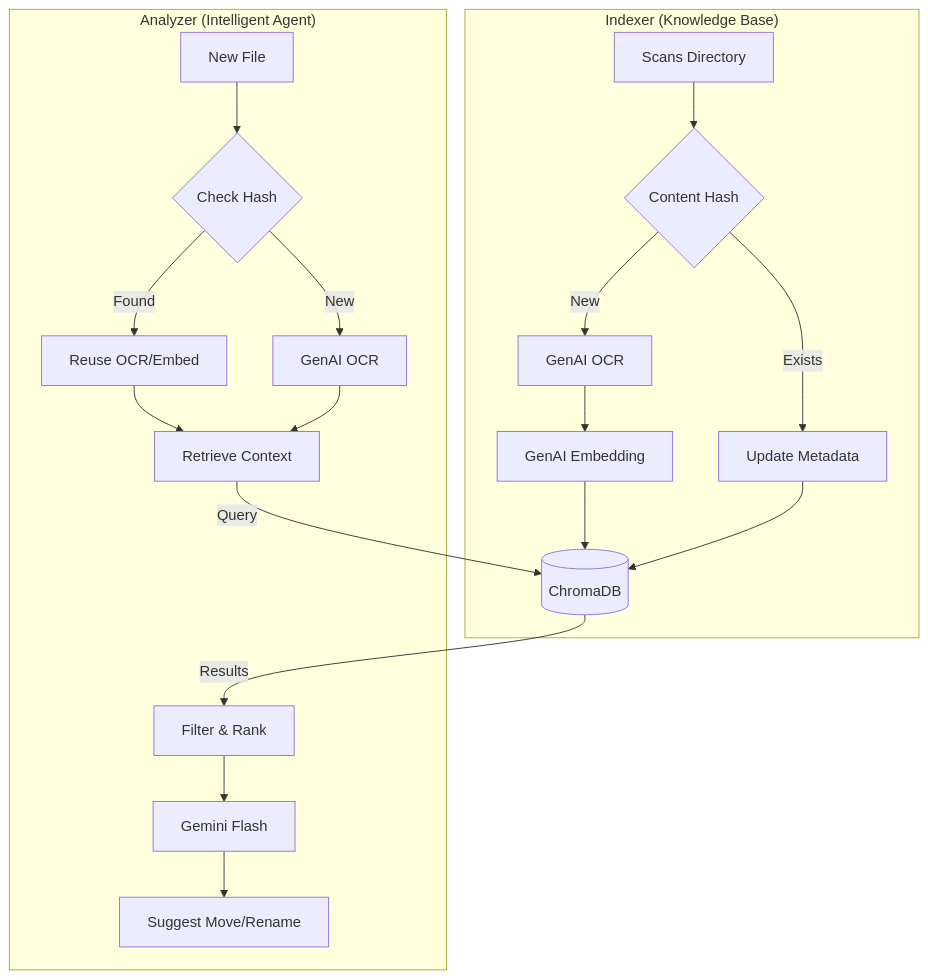
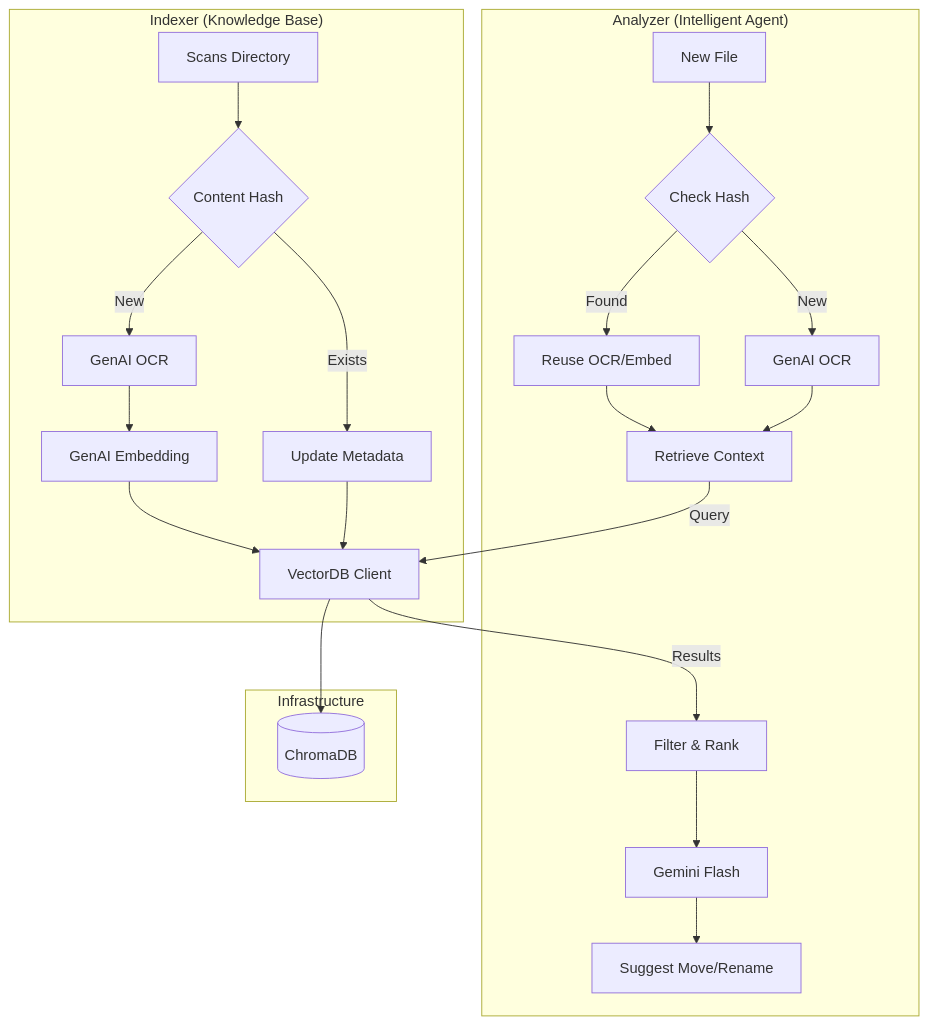
One commit to ucdmkt/pdf-organizer changed the diagram in README.md. Above: the diagram before and after it, drawn with Mermaid. The commit also changed other lines of this file and 15 other files, not shown here.

````diff
--- a/README.md
+++ b/README.md
@@ -41,23 +49,29 @@
 ```mermaid
 graph TD
     subgraph Indexer ["Indexer (Knowledge Base)"]
         I_Scan[Scans Directory] --> I_Hash{Content Hash}
         I_Hash -- New --> I_OCR[GenAI OCR]
         I_Hash -- Exists --> I_Meta[Update Metadata]
         I_OCR --> I_Embed[GenAI Embedding]
-        I_Embed --> I_DB[(ChromaDB)]
-        I_Meta --> I_DB
+
+        I_Embed --> V_Client[VectorDB Client]
+        I_Meta --> V_Client
     end
 
     subgraph Analyzer ["Analyzer (Intelligent Agent)"]
         A_Input[New File] --> A_Hash{Check Hash}
         A_Hash -- Found --> A_Reuse[Reuse OCR/Embed]
         A_Hash -- New --> A_OCR[GenAI OCR]
         A_Reuse --> A_Context[Retrieve Context]
         A_OCR --> A_Context
-        A_Context -- Query --> I_DB
-        I_DB -- Results --> A_Filter[Filter & Rank]
+        A_Context -- Query --> V_Client
+
+        V_Client -- Results --> A_Filter[Filter & Rank]
         A_Filter --> A_LLM[Gemini Flash]
         A_LLM --> A_Action[Suggest Move/Rename]
     end
+
+    subgraph Infrastructure
+        V_Client --> I_DB[(ChromaDB)]
+    end
 ```
````
